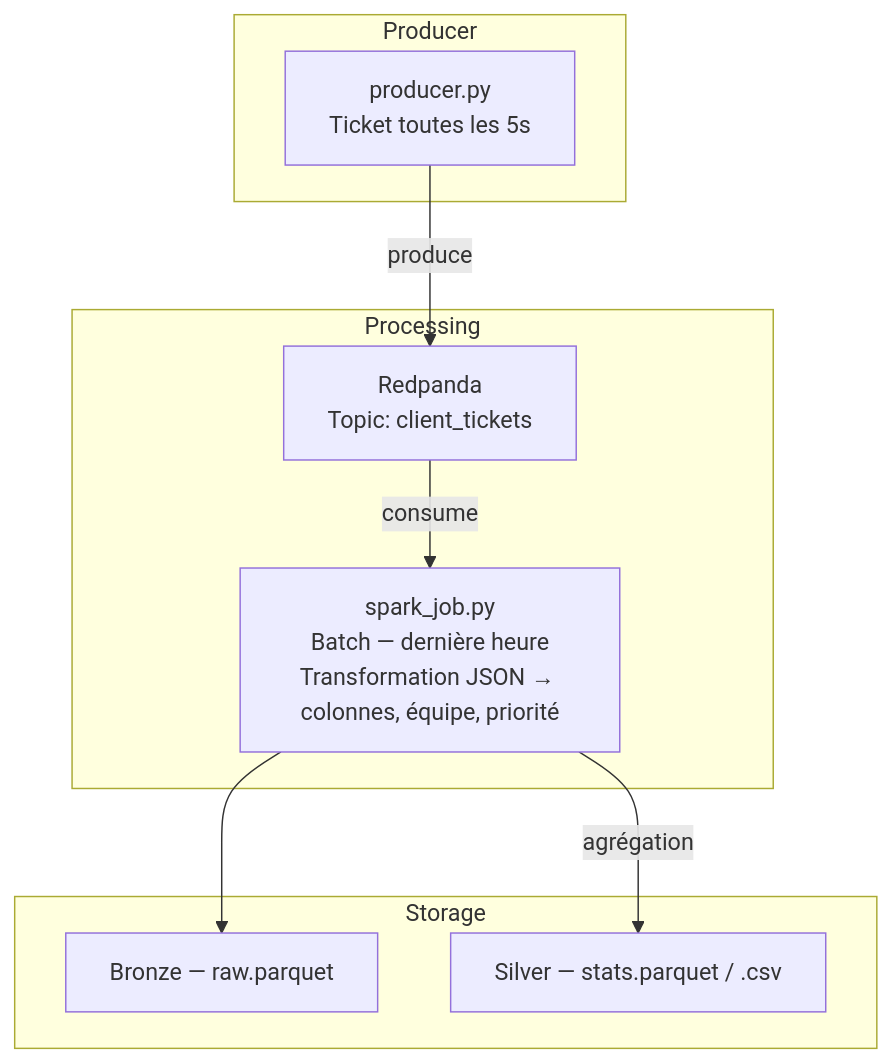
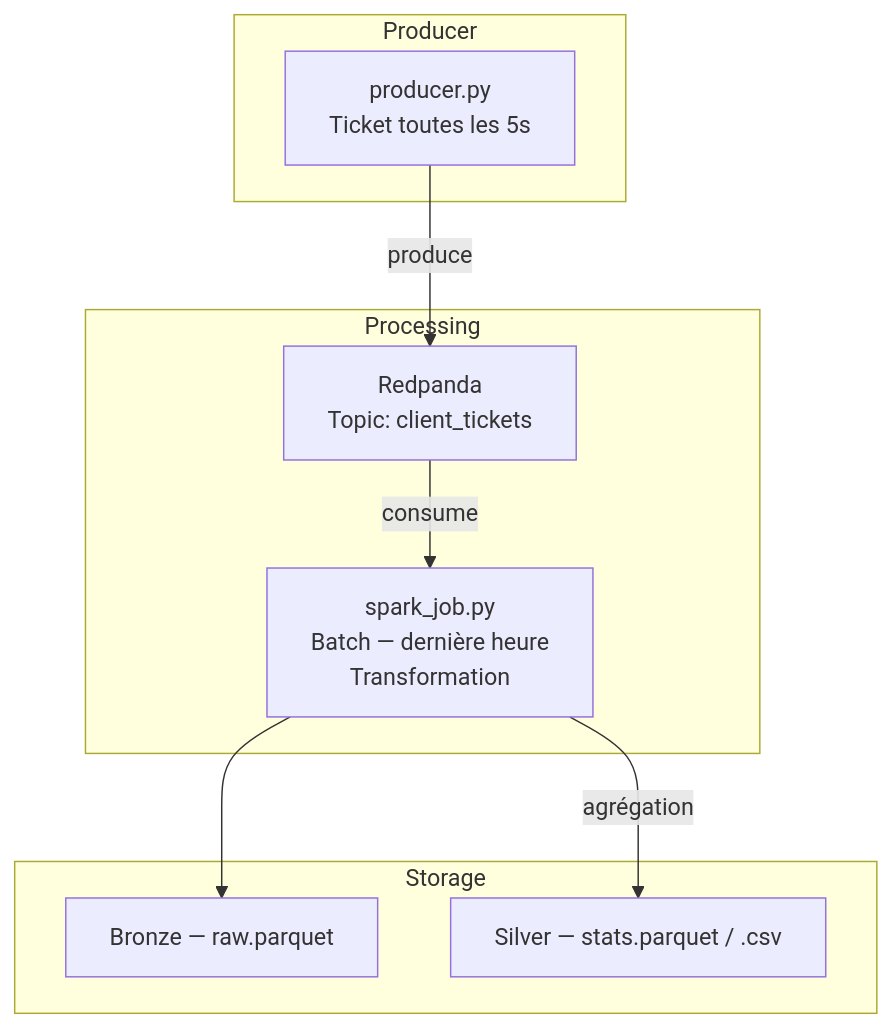
The diagram in README.md (Solisdata/ocr_projet9_infra_hybride_cloud), drawn with Mermaid before and after one commit.

````diff
--- a/README.md
+++ b/README.md
@@ -48,21 +48,21 @@
 ```mermaid
 flowchart TD
     subgraph Producer
         A[producer.py<br/>Ticket toutes les 5s]
     end
 
     subgraph Processing
         B[Redpanda<br/>Topic: client_tickets]
-        C[spark_job.py<br/>Batch — dernière heure<br/>Transformation JSON → colonnes, équipe, priorité]
+        C[spark_job.py<br/>Batch — dernière heure<br/>Transformation]
     end
 
     subgraph Storage
         E[Bronze — raw.parquet]
         F[Silver — stats.parquet / .csv]
     end
 
     A -->|produce| B
     B -->|consume| C
     C --> E
     C -->|agrégation| F
 ```
````
